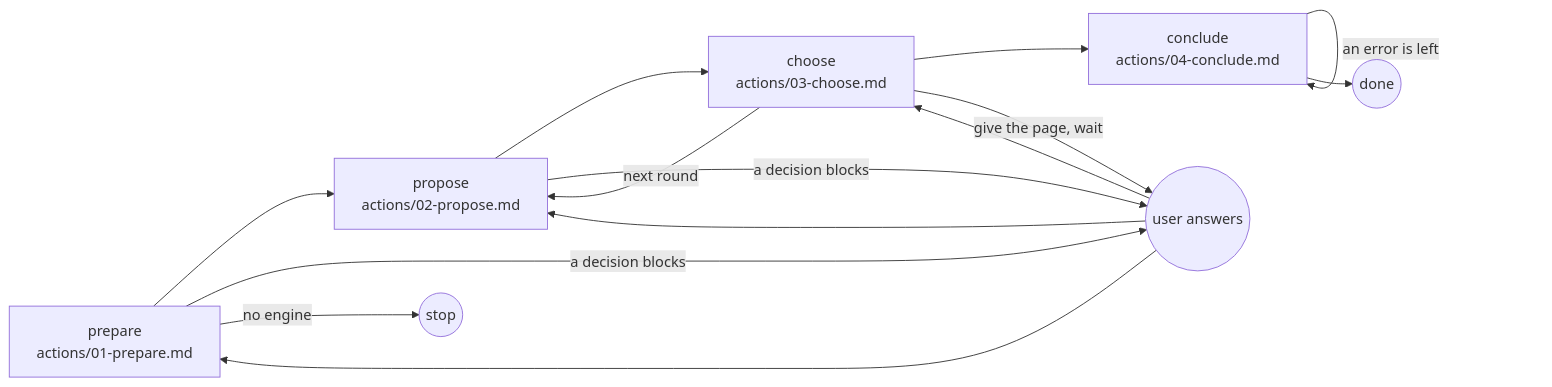
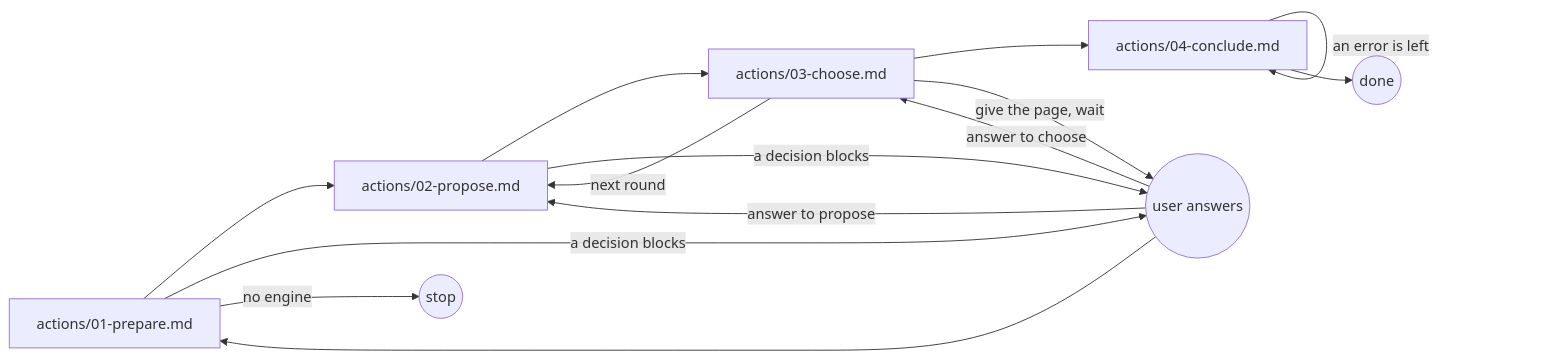
One commit to ai-driven-dev/framework changed the diagram in plugins/aidd-ui/skills/02-brand/SKILL.md. Above: the diagram before and after it, drawn with Mermaid. The commit also changed other lines of this file and 24 other files, not shown here.

````diff
--- a/plugins/aidd-ui/skills/02-brand/SKILL.md
+++ b/plugins/aidd-ui/skills/02-brand/SKILL.md
@@ -10,16 +8,16 @@
 ```mermaid
 flowchart LR
-  prepare["prepare<br>actions/01-prepare.md"] --> propose["propose<br>actions/02-propose.md"]
-  propose --> choose["choose<br>actions/03-choose.md"]
-  choose --> conclude["conclude<br>actions/04-conclude.md"]
+  prepare["actions/01-prepare.md"] --> propose["actions/02-propose.md"]
+  propose --> choose["actions/03-choose.md"]
+  choose --> conclude["actions/04-conclude.md"]
   prepare -->|"a decision blocks"| user((user answers))
   propose -->|"a decision blocks"| user
   choose -->|"next round"| propose
   choose -->|"give the page, wait"| user
   user --> prepare
-  user --> propose
-  user --> choose
+  user -->|"answer to propose"| propose
+  user -->|"answer to choose"| choose
   conclude -->|"an error is left"| conclude
   conclude --> done((done))
   prepare -->|"no engine"| stop((stop))
 ```
````
